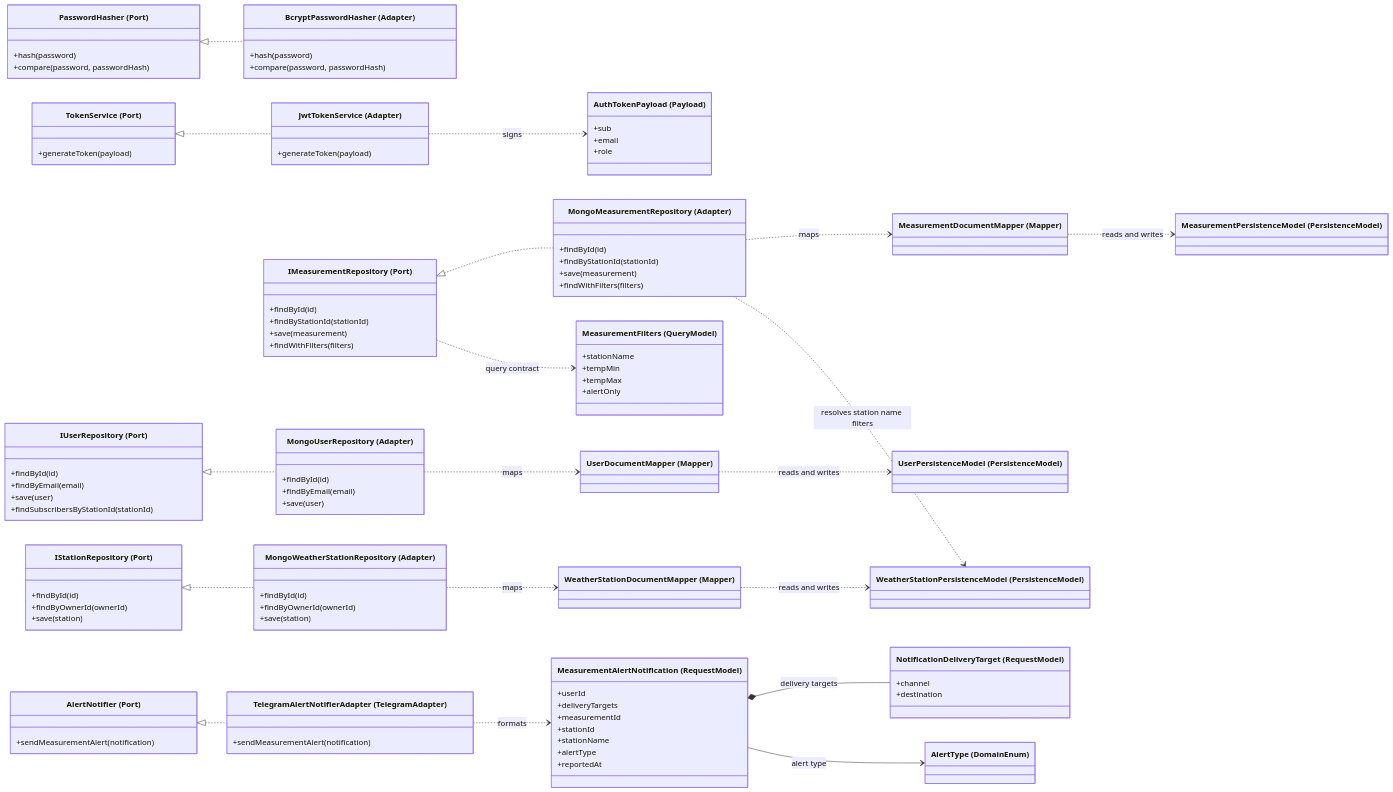
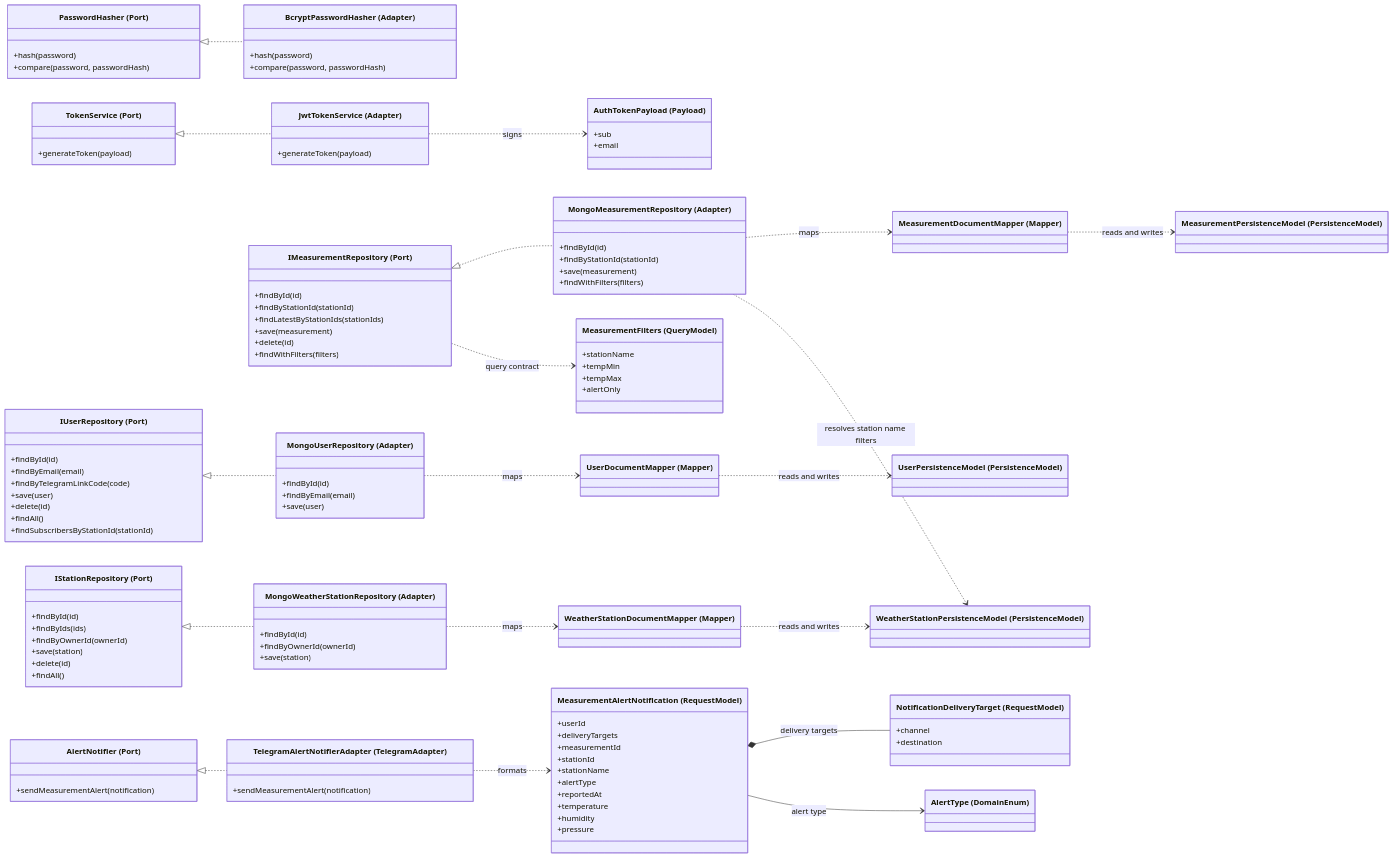
The diagram in docs/architecture/uml/weatherflow-ports-adapters.mmd (LattanzioB/WheaterFlow), drawn with Mermaid before and after one commit. The commit also changed 8 other files, not shown here.

Commit message:
Update UML architecture docs

```diff
--- a/docs/architecture/uml/weatherflow-ports-adapters.mmd
+++ b/docs/architecture/uml/weatherflow-ports-adapters.mmd
@@ -1,129 +1,139 @@
 classDiagram
 direction LR
 
 %% Auth ports and adapters
 class PasswordHasher["PasswordHasher (Port)"] {
   +hash(password)
   +compare(password, passwordHash)
 }
 
 class TokenService["TokenService (Port)"] {
   +generateToken(payload)
 }
 
 class AuthTokenPayload["AuthTokenPayload (Payload)"] {
   +sub
   +email
-  +role
 }
 
 class BcryptPasswordHasher["BcryptPasswordHasher (Adapter)"] {
   +hash(password)
   +compare(password, passwordHash)
 }
 
 class JwtTokenService["JwtTokenService (Adapter)"] {
   +generateToken(payload)
 }
 
 %% Persistence ports and adapters
 class IUserRepository["IUserRepository (Port)"] {
   +findById(id)
   +findByEmail(email)
+  +findByTelegramLinkCode(code)
   +save(user)
+  +delete(id)
+  +findAll()
   +findSubscribersByStationId(stationId)
 }
 
 class IStationRepository["IStationRepository (Port)"] {
   +findById(id)
+  +findByIds(ids)
   +findByOwnerId(ownerId)
   +save(station)
+  +delete(id)
+  +findAll()
 }
 
 class IMeasurementRepository["IMeasurementRepository (Port)"] {
   +findById(id)
   +findByStationId(stationId)
+  +findLatestByStationIds(stationIds)
   +save(measurement)
+  +delete(id)
   +findWithFilters(filters)
 }
 
 class MeasurementFilters["MeasurementFilters (QueryModel)"] {
   +stationName
   +tempMin
   +tempMax
   +alertOnly
 }
 
 class MongoUserRepository["MongoUserRepository (Adapter)"] {
   +findById(id)
   +findByEmail(email)
   +save(user)
 }
 
 class MongoWeatherStationRepository["MongoWeatherStationRepository (Adapter)"] {
   +findById(id)
   +findByOwnerId(ownerId)
   +save(station)
 }
 
 class MongoMeasurementRepository["MongoMeasurementRepository (Adapter)"] {
   +findById(id)
   +findByStationId(stationId)
   +save(measurement)
   +findWithFilters(filters)
 }
 
 class UserDocumentMapper["UserDocumentMapper (Mapper)"]
 class WeatherStationDocumentMapper["WeatherStationDocumentMapper (Mapper)"]
 class MeasurementDocumentMapper["MeasurementDocumentMapper (Mapper)"]
 class UserPersistenceModel["UserPersistenceModel (PersistenceModel)"]
 class WeatherStationPersistenceModel["WeatherStationPersistenceModel (PersistenceModel)"]
 class MeasurementPersistenceModel["MeasurementPersistenceModel (PersistenceModel)"]
 
 %% Notifications port and adapter
 class AlertNotifier["AlertNotifier (Port)"] {
   +sendMeasurementAlert(notification)
 }
 
 class MeasurementAlertNotification["MeasurementAlertNotification (RequestModel)"] {
   +userId
   +deliveryTargets
   +measurementId
   +stationId
   +stationName
   +alertType
   +reportedAt
+  +temperature
+  +humidity
+  +pressure
 }
 
 class NotificationDeliveryTarget["NotificationDeliveryTarget (RequestModel)"] {
   +channel
   +destination
 }
 
 class AlertType["AlertType (DomainEnum)"]
 
 class TelegramAlertNotifierAdapter["TelegramAlertNotifierAdapter (TelegramAdapter)"] {
   +sendMeasurementAlert(notification)
 }
 
 PasswordHasher <|.. BcryptPasswordHasher
 TokenService <|.. JwtTokenService
 JwtTokenService ..> AuthTokenPayload : signs
 
 IUserRepository <|.. MongoUserRepository
 IStationRepository <|.. MongoWeatherStationRepository
 IMeasurementRepository <|.. MongoMeasurementRepository
 IMeasurementRepository ..> MeasurementFilters : query contract
 
 MongoUserRepository ..> UserDocumentMapper : maps
 MongoWeatherStationRepository ..> WeatherStationDocumentMapper : maps
 MongoMeasurementRepository ..> MeasurementDocumentMapper : maps
 UserDocumentMapper ..> UserPersistenceModel : reads and writes
 WeatherStationDocumentMapper ..> WeatherStationPersistenceModel : reads and writes
 MeasurementDocumentMapper ..> MeasurementPersistenceModel : reads and writes
 MongoMeasurementRepository ..> WeatherStationPersistenceModel : resolves station name filters
 
 AlertNotifier <|.. TelegramAlertNotifierAdapter
 TelegramAlertNotifierAdapter ..> MeasurementAlertNotification : formats
 MeasurementAlertNotification *-- NotificationDeliveryTarget : delivery targets
 MeasurementAlertNotification --> AlertType : alert type
```
